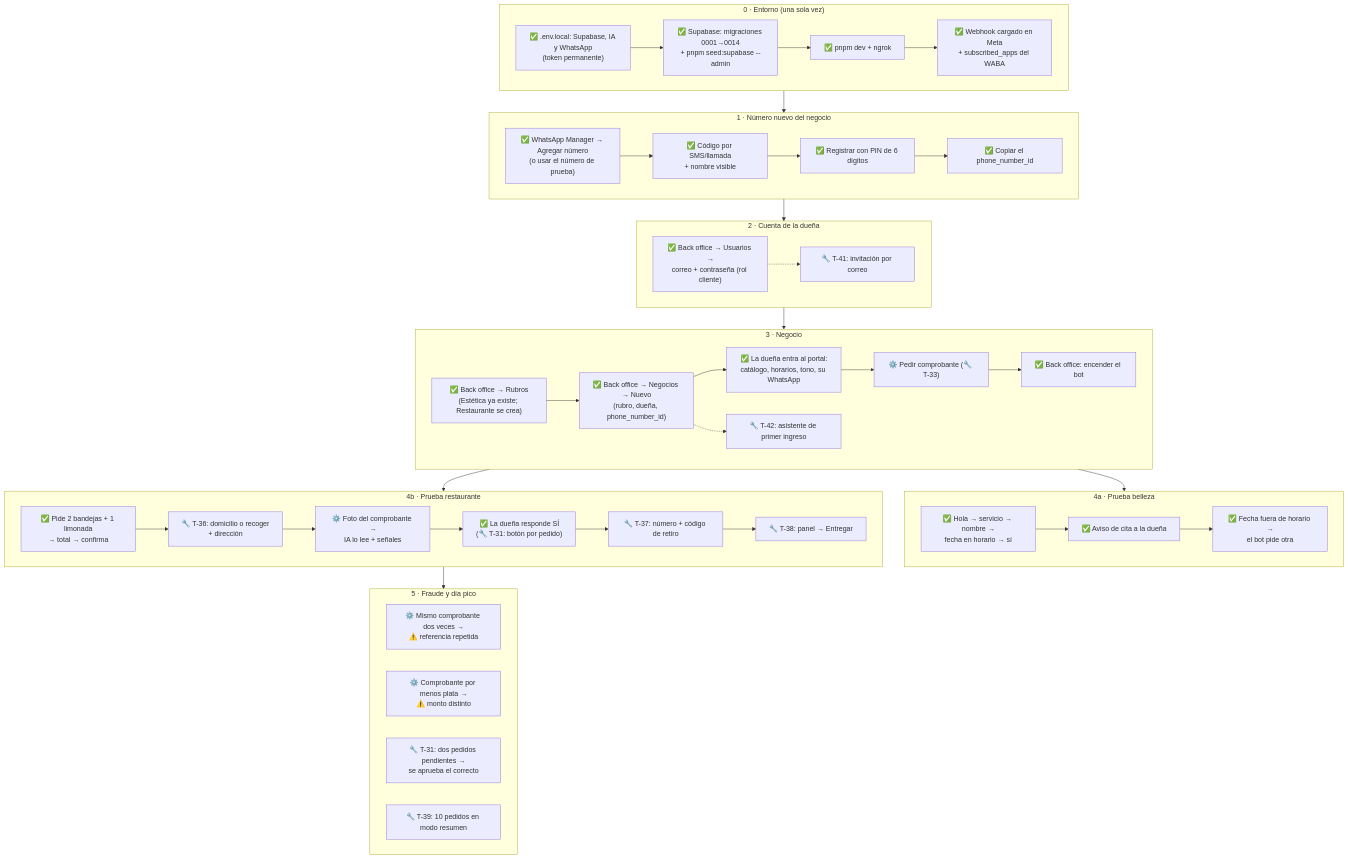
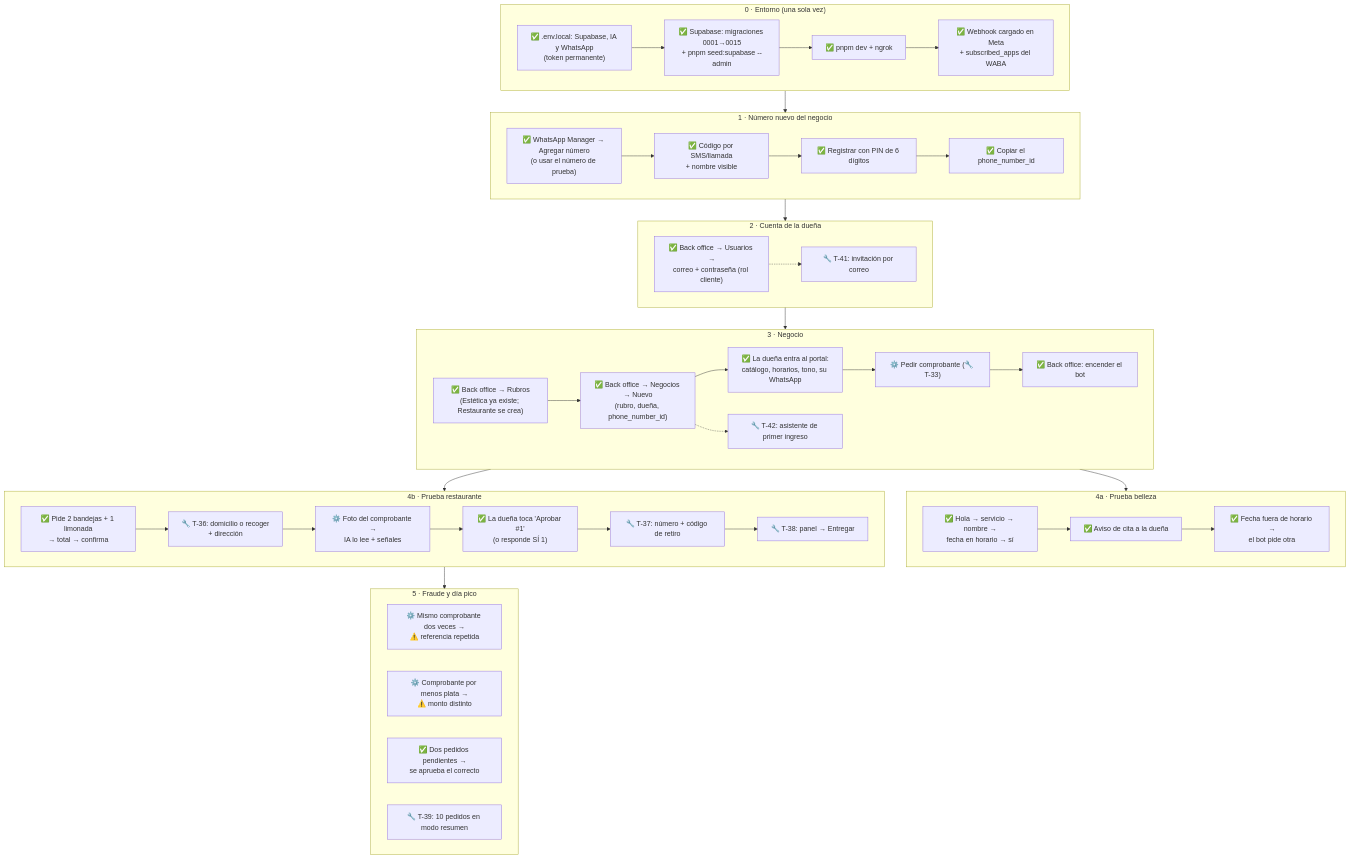
The diagram in docs/17-prueba-local.md (daniell41-dev/client-automation-bot), drawn with Mermaid before and after one commit. The commit also changed other lines of this file and 21 other files, not shown here.

First line of the commit message:
feat(T-31): la dueña aprueba un pedido concreto, nunca "el más viejo"

````diff
--- a/docs/17-prueba-local.md
+++ b/docs/17-prueba-local.md
@@ -18,54 +18,54 @@
 ```mermaid
 flowchart TD
   subgraph E["0 · Entorno (una sola vez)"]
-    E1["✅ .env.local: Supabase, IA y WhatsApp<br/>(token permanente)"] --> E2["✅ Supabase: migraciones 0001→0014<br/>+ pnpm seed:supabase --admin"]
+    E1["✅ .env.local: Supabase, IA y WhatsApp<br/>(token permanente)"] --> E2["✅ Supabase: migraciones 0001→0015<br/>+ pnpm seed:supabase --admin"]
     E2 --> E3["✅ pnpm dev + ngrok"]
     E3 --> E4["✅ Webhook cargado en Meta<br/>+ subscribed_apps del WABA"]
   end
 
   subgraph T["1 · Número nuevo del negocio"]
     T1["✅ WhatsApp Manager → Agregar número<br/>(o usar el número de prueba)"] --> T2["✅ Código por SMS/llamada<br/>+ nombre visible"]
     T2 --> T3["✅ Registrar con PIN de 6 dígitos"]
     T3 --> T4["✅ Copiar el phone_number_id"]
   end
 
   subgraph U["2 · Cuenta de la dueña"]
     U1["✅ Back office → Usuarios →<br/>correo + contraseña (rol cliente)"]
     U2["🔧 T-41: invitación por correo"]
     U1 -.-> U2
   end
 
   subgraph N["3 · Negocio"]
     N0["✅ Back office → Rubros<br/>(Estética ya existe; Restaurante se crea)"] --> N1["✅ Back office → Negocios → Nuevo<br/>(rubro, dueña, phone_number_id)"]
     N1 --> N2["✅ La dueña entra al portal:<br/>catálogo, horarios, tono, su WhatsApp"]
     N2 --> N3["⚙️ Pedir comprobante (🔧 T-33)"]
     N3 --> N5["✅ Back office: encender el bot"]
     N4["🔧 T-42: asistente de primer ingreso"]
     N1 -.-> N4
   end
 
   subgraph B["4a · Prueba belleza"]
     B1["✅ Hola → servicio → nombre →<br/>fecha en horario → sí"] --> B2["✅ Aviso de cita a la dueña"]
     B2 --> B3["✅ Fecha fuera de horario →<br/>el bot pide otra"]
   end
 
   subgraph R["4b · Prueba restaurante"]
     R1["✅ Pide 2 bandejas + 1 limonada<br/>→ total → confirma"] --> R2["🔧 T-36: domicilio o recoger<br/>+ dirección"]
     R2 --> R3["⚙️ Foto del comprobante →<br/>IA lo lee + señales"]
-    R3 --> R4["✅ La dueña responde SÍ<br/>(🔧 T-31: botón por pedido)"]
+    R3 --> R4["✅ La dueña toca 'Aprobar #1'<br/>(o responde SÍ 1)"]
     R4 --> R5["🔧 T-37: número + código de retiro"]
     R5 --> R6["🔧 T-38: panel → Entregar"]
   end
 
   subgraph F["5 · Fraude y día pico"]
     F1["⚙️ Mismo comprobante dos veces →<br/>⚠️ referencia repetida"]
     F2["⚙️ Comprobante por menos plata →<br/>⚠️ monto distinto"]
-    F3["🔧 T-31: dos pedidos pendientes →<br/>se aprueba el correcto"]
+    F3["✅ Dos pedidos pendientes →<br/>se aprueba el correcto"]
     F4["🔧 T-39: 10 pedidos en modo resumen"]
   end
 
   E --> T --> U --> N
   N --> B
   N --> R
   R --> F
 ```
````
